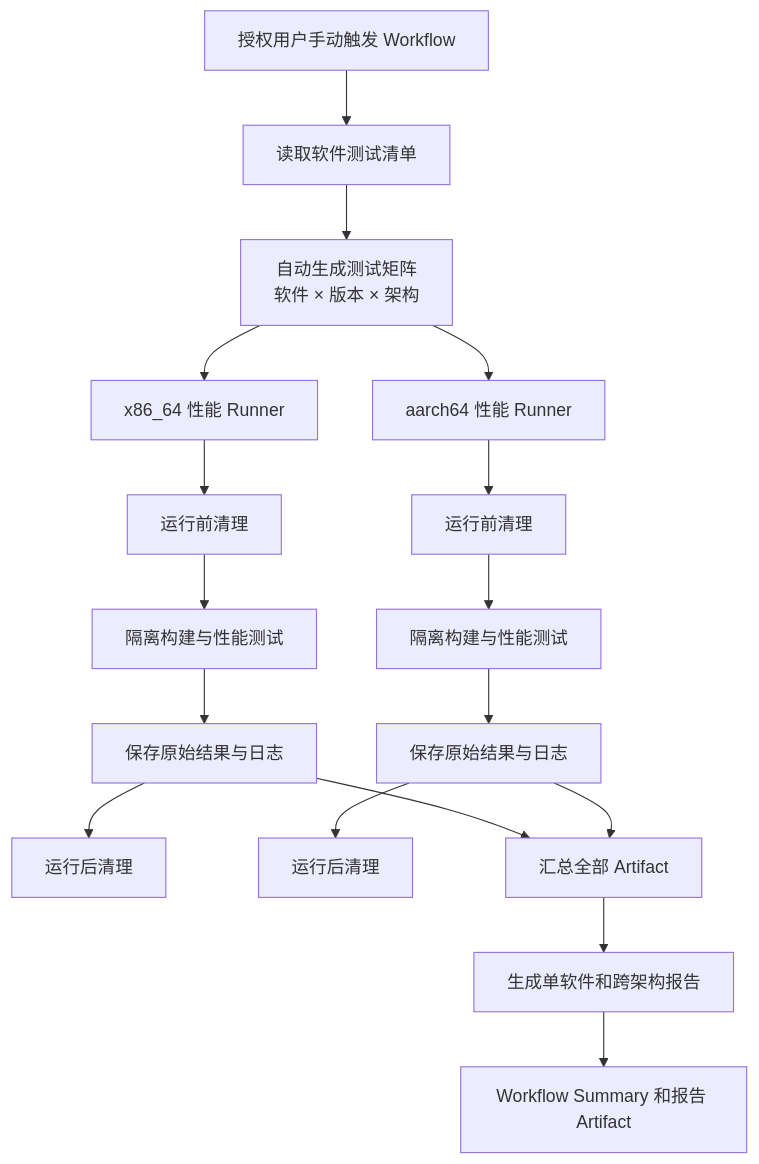
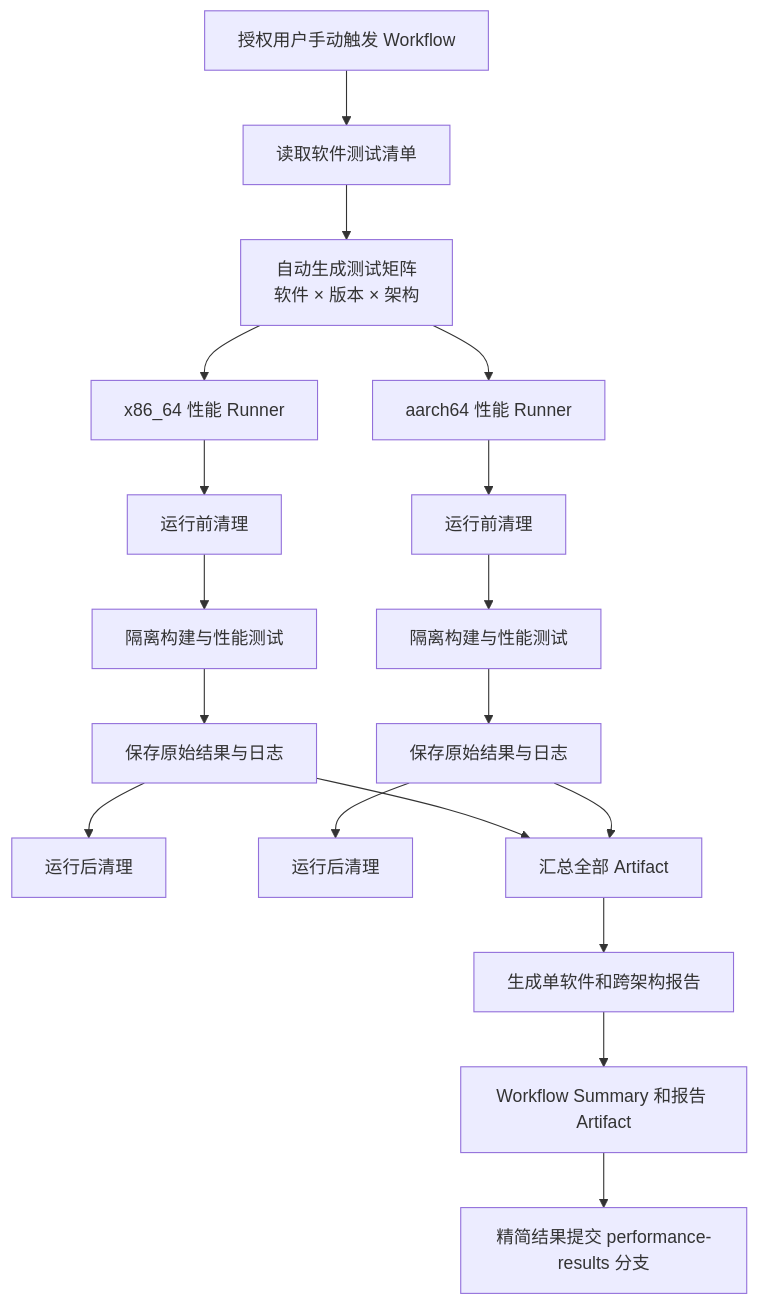
Before and after one commit to mryanzhicong/boostkit-performance-evaluation: the diagram in WORKFLOW_IMPLEMENTATION_PLAN.md, drawn with Mermaid. The commit also changed other lines of this file and 9 other files, not shown here.

````diff
--- a/WORKFLOW_IMPLEMENTATION_PLAN.md
+++ b/WORKFLOW_IMPLEMENTATION_PLAN.md
@@ -15,19 +15,20 @@
 ```mermaid
 flowchart TD
     A["授权用户手动触发 Workflow"] --> B["读取软件测试清单"]
     B --> C["自动生成测试矩阵<br/>软件 × 版本 × 架构"]
     C --> D1["x86_64 性能 Runner"]
     C --> D2["aarch64 性能 Runner"]
     D1 --> E1["运行前清理"]
     D2 --> E2["运行前清理"]
     E1 --> F1["隔离构建与性能测试"]
     E2 --> F2["隔离构建与性能测试"]
     F1 --> G1["保存原始结果与日志"]
     F2 --> G2["保存原始结果与日志"]
     G1 --> H1["运行后清理"]
     G2 --> H2["运行后清理"]
     G1 --> I["汇总全部 Artifact"]
     G2 --> I
     I --> J["生成单软件和跨架构报告"]
     J --> K["Workflow Summary 和报告 Artifact"]
+    K --> L["精简结果提交 performance-results 分支"]
 ```
````
